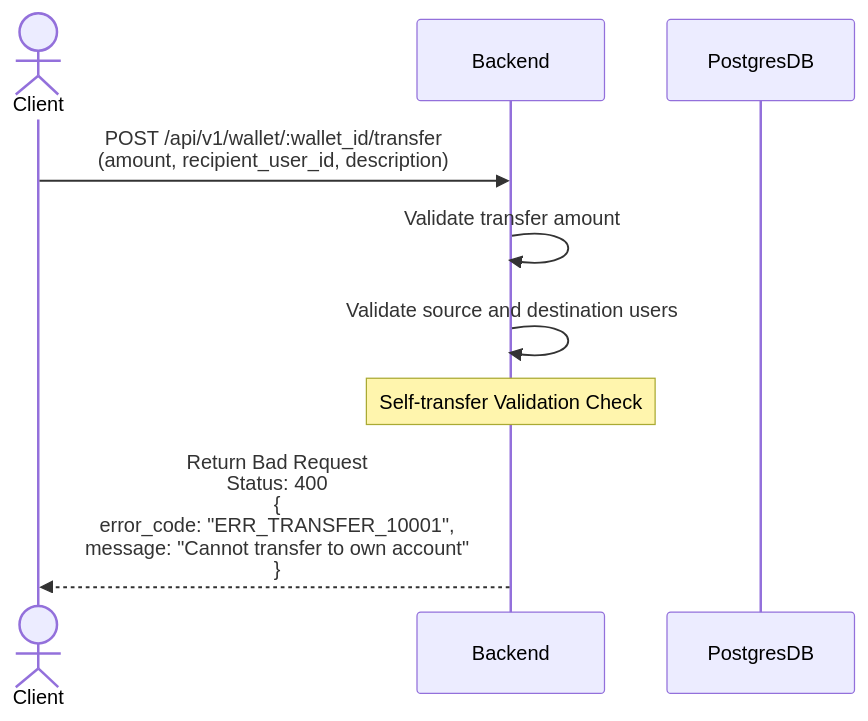
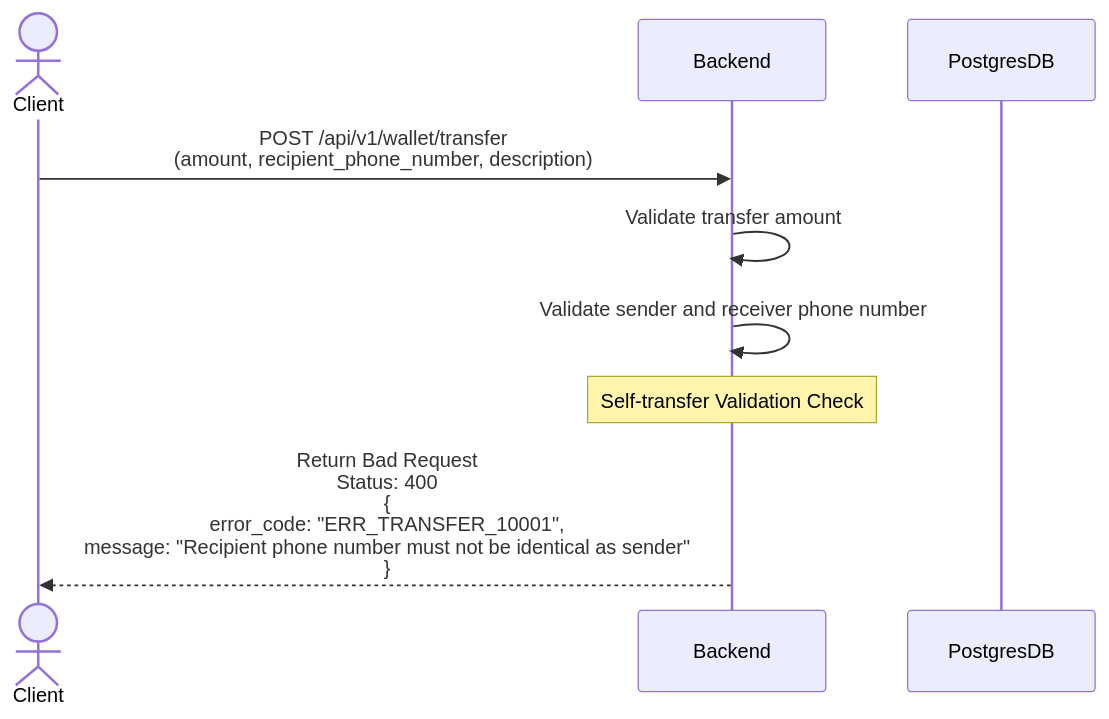
Before and after one commit to leeliwei930/walletassignment: the second of 4 diagrams in docs/scenarios/transfer_money_within_user.md, drawn with Mermaid. The commit also changed other lines of this file and 6 other files, not shown here.

Commit message:
Update authentication method in README and scenarios to use X-PHONE-NUMBER header; add OpenAPI documentation for wallet API endpoints and scenarios for deposit, withdrawal, and transfer operations.

````diff
--- a/docs/scenarios/transfer_money_within_user.md
+++ b/docs/scenarios/transfer_money_within_user.md
@@ -32,12 +33,12 @@
 ```mermaid
 sequenceDiagram
     actor Client
     participant Backend
     participant PostgresDB
 
-    Client->>Backend: POST /api/v1/wallet/:wallet_id/transfer<br/>(amount, recipient_user_id, description)
+    Client->>Backend: POST /api/v1/wallet/transfer<br/>(amount, recipient_phone_number, description)
     Backend->>Backend: Validate transfer amount
-    Backend->>Backend: Validate source and destination users
+    Backend->>Backend: Validate sender and receiver phone number
     Note over Backend: Self-transfer Validation Check
-    Backend-->>Client: Return Bad Request<br/>Status: 400<br/>{<br/>error_code: "ERR_TRANSFER_10001",<br/>message: "Cannot transfer to own account"<br/>}
+    Backend-->>Client: Return Bad Request<br/>Status: 400<br/>{<br/>error_code: "ERR_TRANSFER_10001",<br/>message: "Recipient phone number must not be identical as sender"<br/>}
 ```
````
